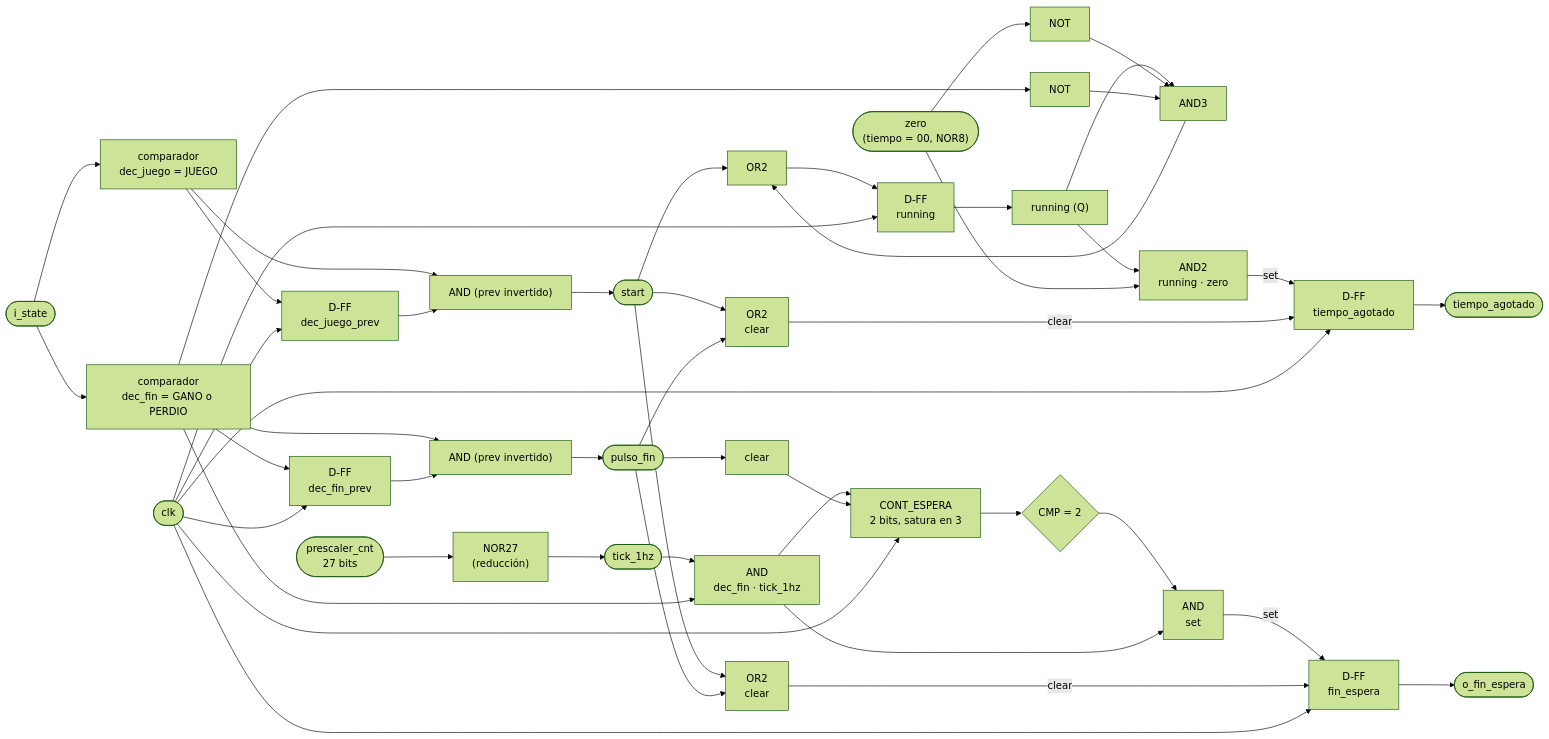
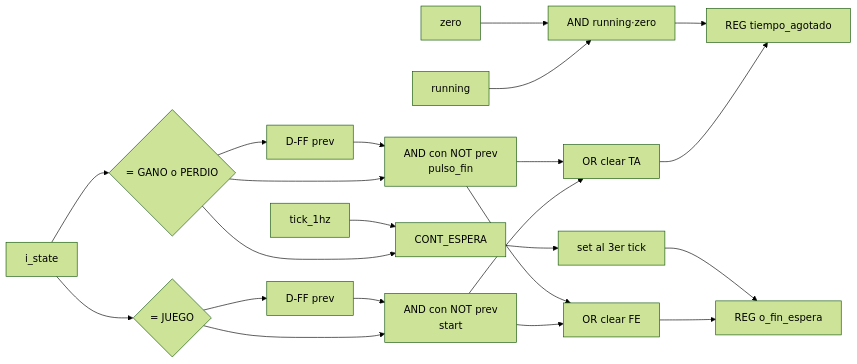
One commit to Taller-de-diseno-digital-GR01/Proyecto-2-Ahorcado changed the second of 2 diagrams in docs/diseño/modulos/M03_Temporizador.md. Above: the diagram before and after it, drawn with Mermaid (forest theme). The commit also changed other lines of this file and 11 other files, not shown here.

````diff
--- a/docs/diseño/modulos/M03_Temporizador.md
+++ b/docs/diseño/modulos/M03_Temporizador.md
@@ -243,55 +190,27 @@
 ```mermaid
 flowchart LR
-    STATEIN(["i_state"]) --> DECJ["comparador<br/>dec_juego = JUEGO"]
-    DECJ --> DJP["D-FF<br/>dec_juego_prev"]
-    CLK1(["clk"]) --> DJP
-    DECJ --> ANDJ["AND (prev invertido)"]
-    DJP --> ANDJ
-    ANDJ --> START(["start"])
+    ST["i_state"] --> CJ{"= JUEGO"}
+    CJ --> PJC["D-FF prev"]
+    CJ --> AJ["AND con NOT prev<br/>start"]
+    PJC --> AJ
 
-    STATEIN --> DECF["comparador<br/>dec_fin = GANO o PERDIO"]
-    DECF --> DFP["D-FF<br/>dec_fin_prev"]
-    CLK1 --> DFP
-    DECF --> ANDF["AND (prev invertido)"]
-    DFP --> ANDF
-    ANDF --> PULSOFIN(["pulso_fin"])
+    ST --> CF{"= GANO o PERDIO"}
+    CF --> PFC["D-FF prev"]
+    CF --> AF["AND con NOT prev<br/>pulso_fin"]
+    PFC --> AF
 
-    ZERO(["zero<br/>(tiempo = 00, NOR8)"]) --> NOT1["NOT"]
-    DECF --> NOT2["NOT"]
-    RUNQ["running (Q)"] --> AND1["AND3"]
-    NOT1 --> AND1
-    NOT2 --> AND1
-    AND1 --> OR1["OR2"]
-    START --> OR1
-    OR1 --> D1["D-FF<br/>running"]
-    CLK1 --> D1
-    D1 --> RUNQ
+    AJ --> CLRTA["OR clear TA"]
+    AF --> CLRTA
+    RUN["running"] --> SETTA["AND running·zero"]
+    ZERO["zero"] --> SETTA
+    CLRTA --> RTA["REG tiempo_agotado"]
+    SETTA --> RTA
 
-    PRE(["prescaler_cnt<br/>27 bits"]) --> NOR27["NOR27<br/>(reducción)"]
-    NOR27 --> TICK1HZ(["tick_1hz"])
-
-    RUNQ --> ANDTA["AND2<br/>running · zero"]
-    ZERO --> ANDTA
-    START --> ORTA["OR2<br/>clear"]
-    PULSOFIN --> ORTA
-    ANDTA -->|set| D2["D-FF<br/>tiempo_agotado"]
-    ORTA -->|clear| D2
-    CLK1 --> D2
-    D2 --> OUTFIN(["tiempo_agotado"])
-
-    PULSOFIN --> CE_RST["clear"]
-    TICK1HZ --> CE_EN["AND<br/>dec_fin · tick_1hz"]
-    DECF --> CE_EN
-    CE_EN --> CE_CNT["CONT_ESPERA<br/>2 bits, satura en 3"]
-    CE_RST --> CE_CNT
-    CLK1 --> CE_CNT
-    CE_CNT --> CE_CMP{"CMP = 2"}
-    CE_CMP --> CE_SET["AND<br/>set"]
-    CE_EN --> CE_SET
-    START --> ORFE["OR2<br/>clear"]
-    PULSOFIN --> ORFE
-    CE_SET -->|set| CE_D["D-FF<br/>fin_espera"]
-    ORFE -->|clear| CE_D
-    CLK1 --> CE_D
-    CE_D --> OUTESPERA(["o_fin_espera"])
+    AJ --> CLRFE["OR clear FE"]
+    AF --> CLRFE
+    CF --> CNT["CONT_ESPERA"]
+    TICK["tick_1hz"] --> CNT
+    CNT --> SETFE["set al 3er tick"]
+    CLRFE --> RFE["REG o_fin_espera"]
+    SETFE --> RFE
 ```
````
